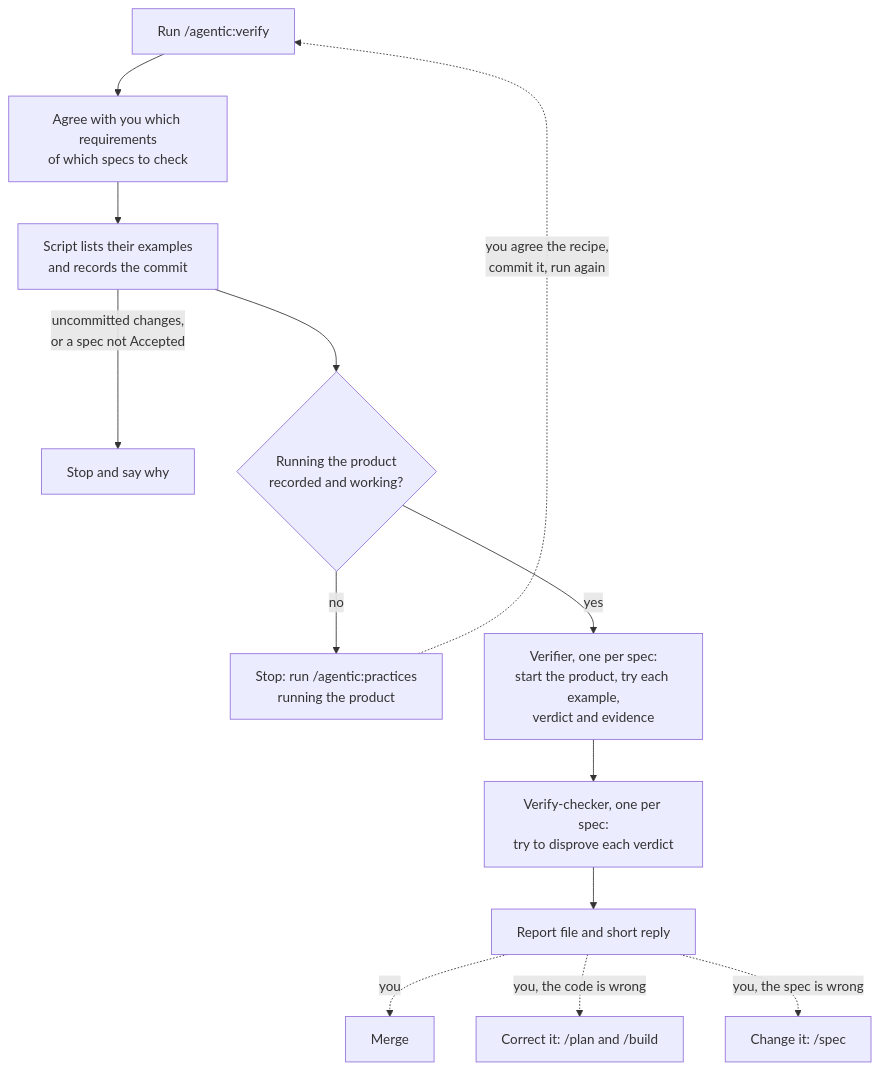
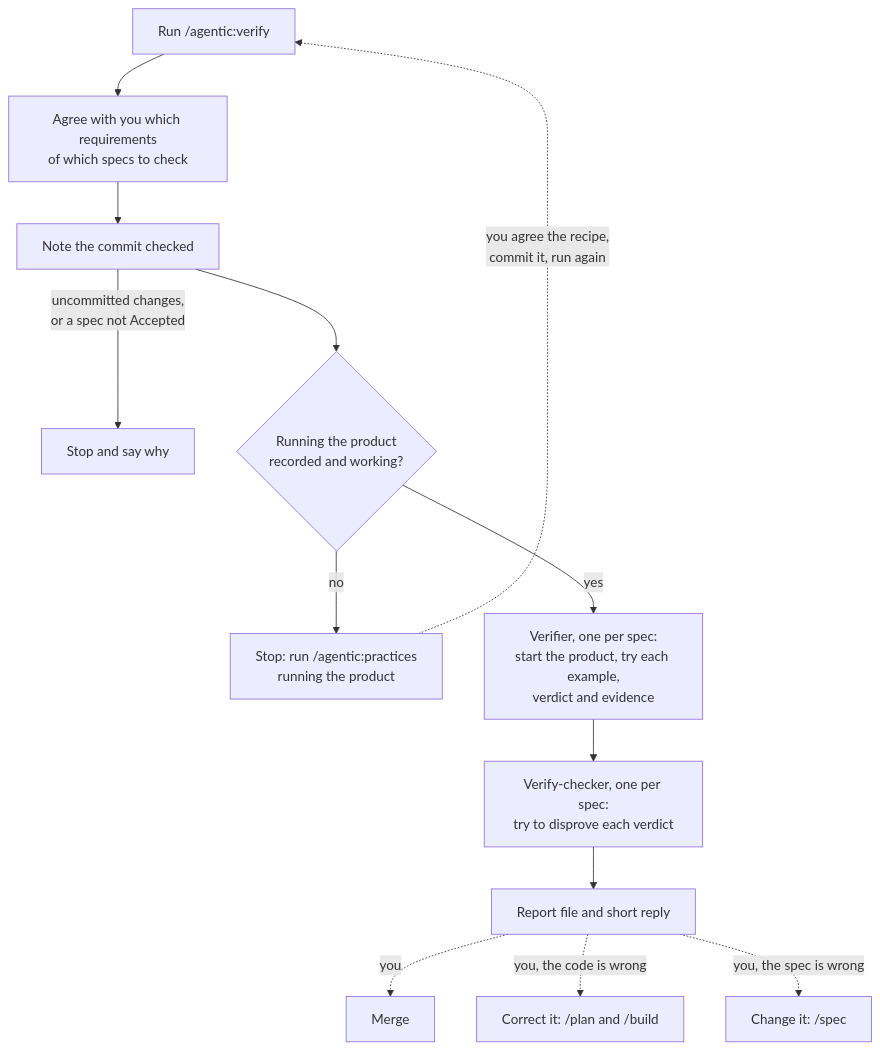
One commit to michaelmarconi/agentic-engineering changed the first of 2 diagrams in docs/skills/verify.md. Above: the diagram before and after it, drawn with Mermaid. The commit also changed other lines of this file and 1 other file, not shown here.

First line of the commit message:
Point the verifier at the spec file instead of copying its examples

````diff
--- a/docs/skills/verify.md
+++ b/docs/skills/verify.md
@@ -10,15 +10,15 @@
 ```mermaid
 flowchart TD
     Start["Run /agentic:verify"] --> Agree[Agree with you which requirements<br/>of which specs to check]
-    Agree --> Scope[Script lists their examples<br/>and records the commit]
+    Agree --> Scope[Note the commit checked]
     Scope -->|uncommitted changes,<br/>or a spec not Accepted| Stop[Stop and say why]
     Scope --> Practice{Running the product<br/>recorded and working?}
     Practice -->|no| Practices[Stop: run /agentic:practices<br/>running the product]
     Practices -.->|you agree the recipe,<br/>commit it, run again| Start
     Practice -->|yes| Verifier[Verifier, one per spec:<br/>start the product, try each example,<br/>verdict and evidence]
     Verifier --> Checker[Verify-checker, one per spec:<br/>try to disprove each verdict]
     Checker --> Report[Report file and short reply]
     Report -.->|you| Merge[Merge]
     Report -.->|you, the code is wrong| Plan[Correct it: /plan and /build]
     Report -.->|you, the spec is wrong| Spec[Change it: /spec]
 ```
````
